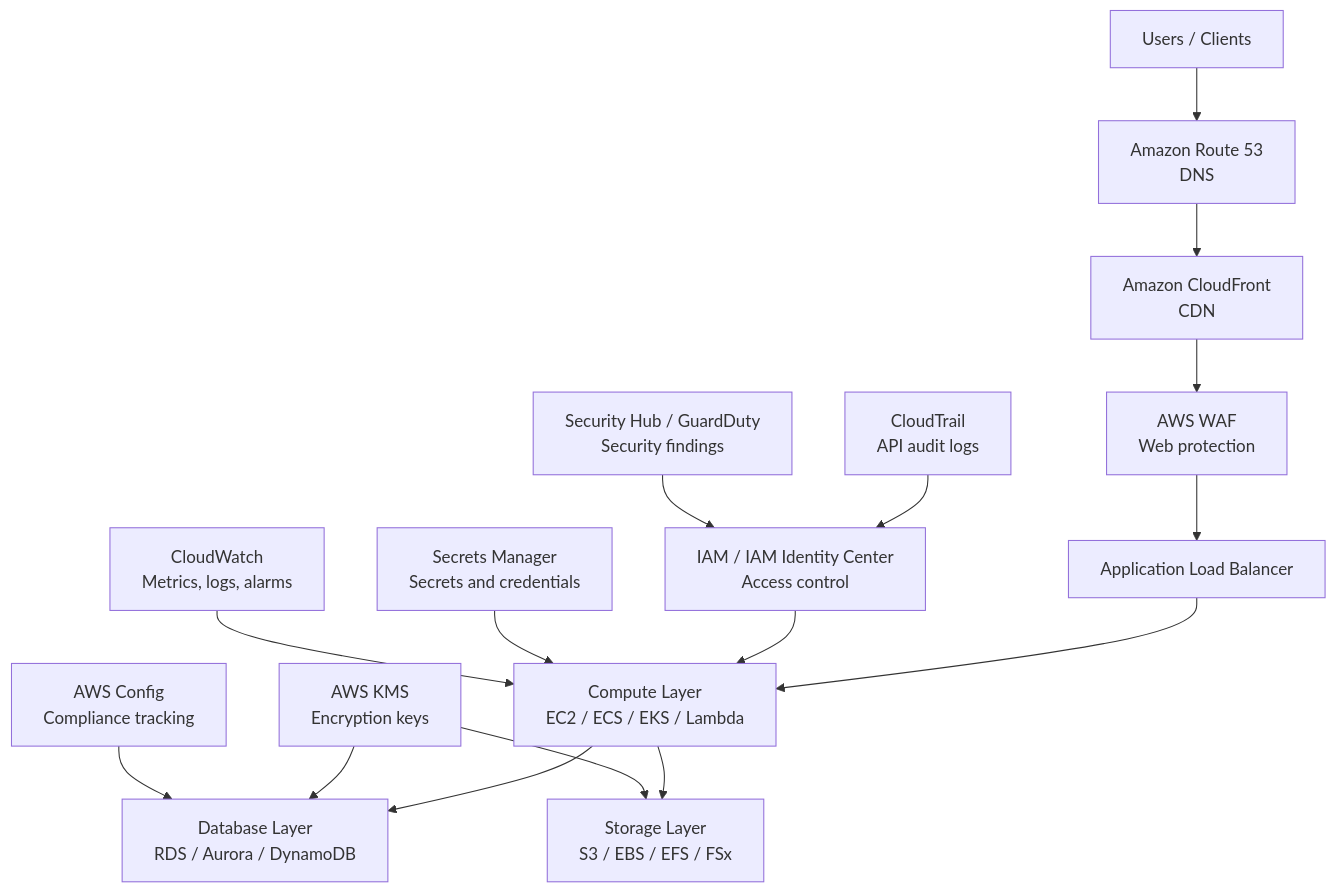
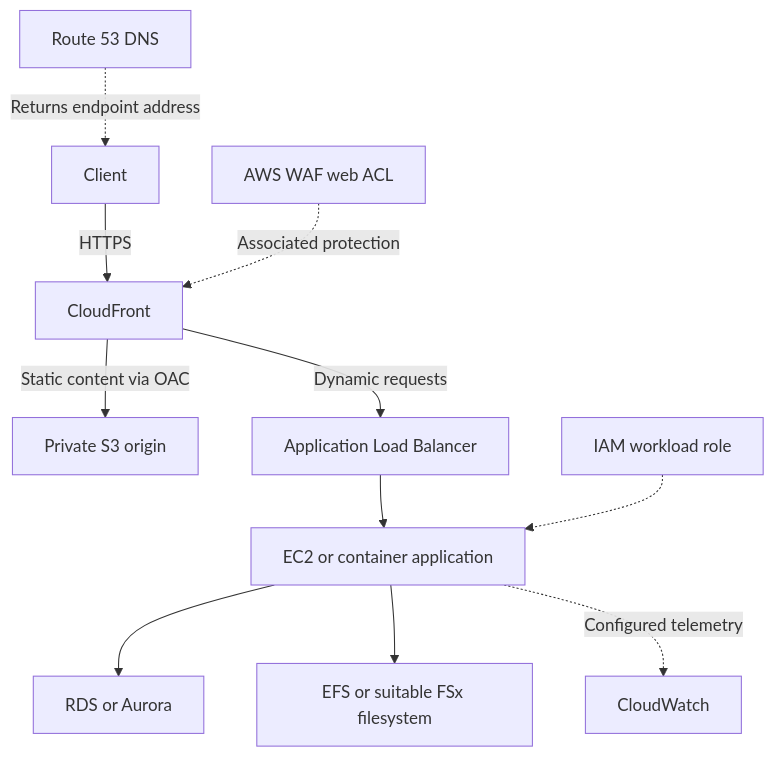
One commit to Olalekog/learning changed the first of 4 diagrams in AWS/AWS_Services/AWS_Services.md. Above: the diagram before and after it, drawn with Mermaid. The commit also changed other lines of this file and 2 other files, not shown here.

````diff
--- a/AWS/AWS_Services/AWS_Services.md
+++ b/AWS/AWS_Services/AWS_Services.md
@@ -42,21 +49,13 @@
 ```mermaid
 flowchart TB
-    Users[Users / Clients] --> R53["Amazon Route 53<br/>DNS"]
-    R53 --> CF["Amazon CloudFront<br/>CDN"]
-    CF --> WAF["AWS WAF<br/>Web protection"]
-    WAF --> ALB[Application Load Balancer]
-
-    ALB --> APP["Compute Layer<br/>EC2 / ECS / EKS / Lambda"]
-    APP --> DB["Database Layer<br/>RDS / Aurora / DynamoDB"]
-    APP --> S3["Storage Layer<br/>S3 / EBS / EFS / FSx"]
-
-    IAM["IAM / IAM Identity Center<br/>Access control"] --> APP
-    KMS["AWS KMS<br/>Encryption keys"] --> DB
-    KMS --> S3
-    SM["Secrets Manager<br/>Secrets and credentials"] --> APP
-
-    CW["CloudWatch<br/>Metrics, logs, alarms"] --> APP
-    CT["CloudTrail<br/>API audit logs"] --> IAM
-    CFG["AWS Config<br/>Compliance tracking"] --> DB
-    SH["Security Hub / GuardDuty<br/>Security findings"] --> IAM
+    User["Client"] -->|HTTPS| CF["CloudFront"]
+    DNS["Route 53 DNS"] -.->|Returns endpoint address| User
+    WAF["AWS WAF web ACL"] -.->|Associated protection| CF
+    CF -->|Static content via OAC| S3["Private S3 origin"]
+    CF -->|Dynamic requests| ALB["Application Load Balancer"]
+    ALB --> App["EC2 or container application"]
+    App --> DB["RDS or Aurora"]
+    App --> Files["EFS or suitable FSx filesystem"]
+    Role["IAM workload role"] -.-> App
+    App -.->|Configured telemetry| CW["CloudWatch"]
 ```
````
